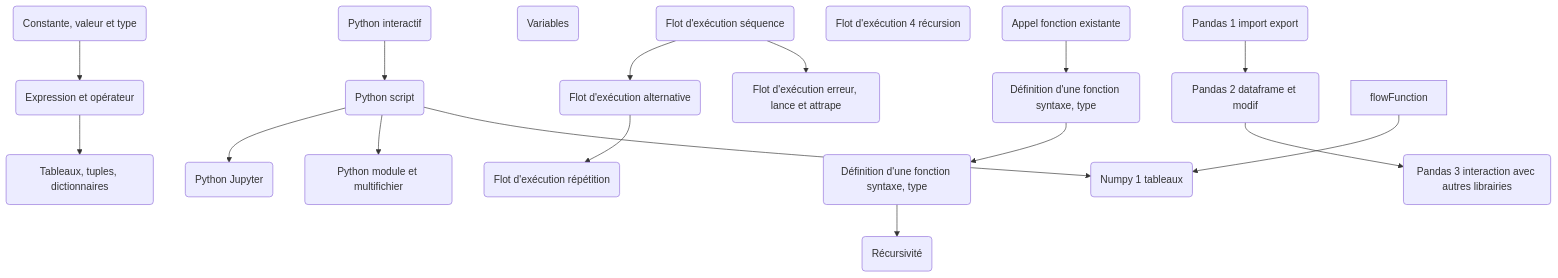
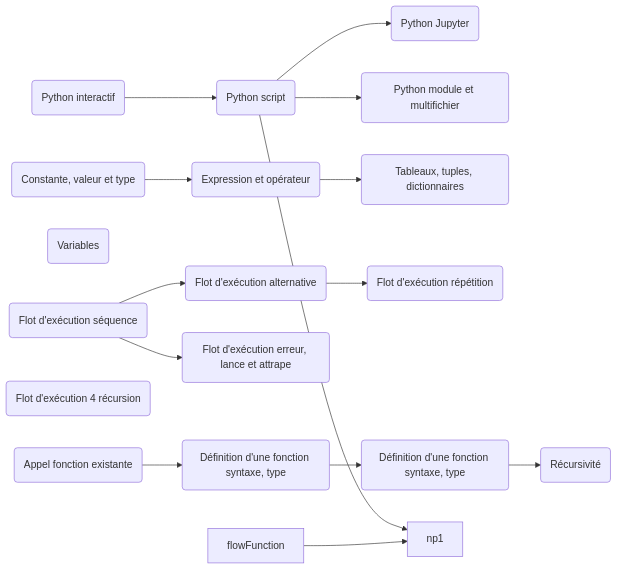
The second of 3 diagrams in README.md (jorisdeguet/INF1), drawn with Mermaid before and after one commit. The commit also changed other lines of this file, not shown here.

Commit message:
Tests mermaids

````diff
--- a/README.md
+++ b/README.md
@@ -49,34 +49,29 @@
 ```mermaid
-flowchart TD;
+flowchart LR;
     execInter(Python interactif)
     execScript(Python script)
     execJupyter(Python Jupyter)
     execModule(Python module et multifichier)
     expr1(Constante, valeur et type)
     expr2(Expression et opérateur)
     expr3(Tableaux, tuples, dictionnaires)
     expr4(Variables)
     flowSeq(Flot d'exécution séquence )
     flowIf(Flot d'exécution alternative)
     flowFor(Flot d'exécution répétition)
     flowError(Flot d'exécution erreur, lance et attrape)
     flowRec(Flot d'exécution 4 récursion)
     fonction1(Appel fonction existante)
     fonction2(Définition d'une fonction syntaxe, type)
     fonction3(Définition d'une fonction syntaxe, type)
     fonction4(Récursivité)
-    pandas1(Pandas 1 import export)
-    pandas2(Pandas 2 dataframe et modif)
-    pandas3(Pandas 3 interaction avec autres librairies)
-    np1(Numpy 1 tableaux)
     
     expr1-->expr2-->expr3
     execInter-->execScript-->execJupyter
     execScript-->execModule
     flowSeq-->flowIf-->flowFor
     flowSeq-->flowError
     fonction1-->fonction2-->fonction3-->fonction4
     execScript-->np1
     flowFunction-->np1
-    pandas1-->pandas2-->pandas3
 ```
````
